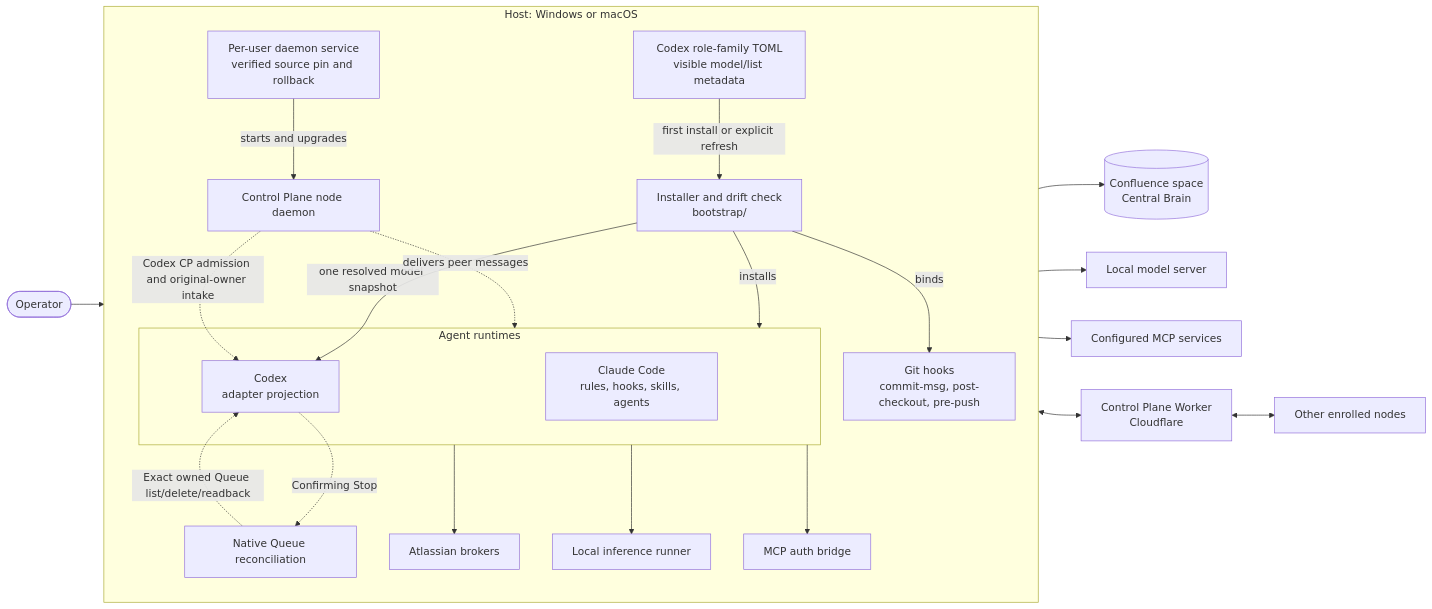
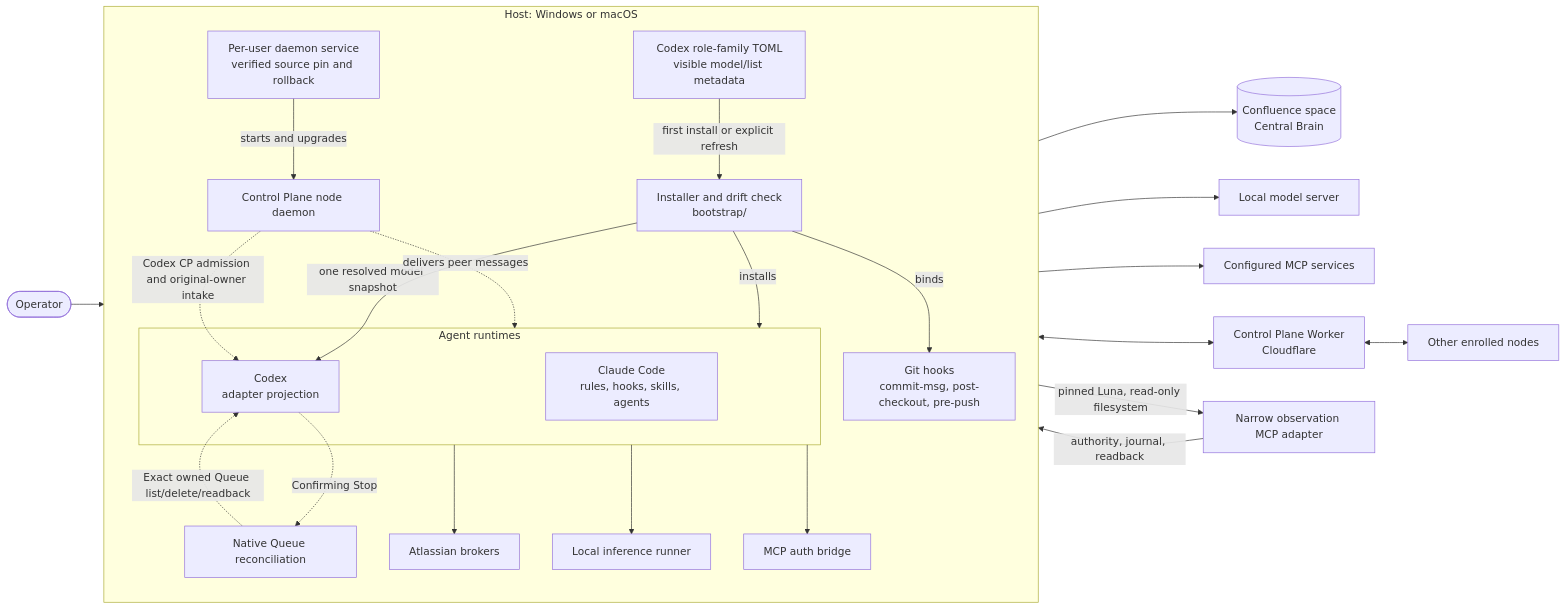
Before and after one commit to cfaysal/kherep: the diagram in README.md, drawn with Mermaid. The commit also changed other lines of this file and 46 other files, not shown here.

Commit message:
feat: let Luna publish bounded Codex observations

````diff
--- a/README.md
+++ b/README.md
@@ -54,42 +54,44 @@
 ```mermaid
 flowchart LR
   operator([Operator])
 
   subgraph host["Host: Windows or macOS"]
     direction TB
     bootstrap["Installer and drift check<br/>bootstrap/"]
     codexModels["Codex role-family TOML<br/>visible model/list metadata"]
     subgraph runtimes["Agent runtimes"]
       claude["Claude Code<br/>rules, hooks, skills, agents"]
       codex["Codex<br/>adapter projection"]
     end
     githook["Git hooks<br/>commit-msg, post-checkout, pre-push"]
     brokers["Atlassian brokers"]
     runner["Local inference runner"]
     bridge["MCP auth bridge"]
     nodeDaemon["Control Plane node daemon"]
     daemonService["Per-user daemon service<br/>verified source pin and rollback"]
     queueRetire["Native Queue reconciliation"]
   end
 
   confluence[("Confluence space<br/>Central Brain")]
   model["Local model server"]
   mcp["Configured MCP services"]
   worker["Control Plane Worker<br/>Cloudflare"]
   peers["Other enrolled nodes"]
 
   operator --> runtimes
   bootstrap -->|installs| runtimes
   codexModels -->|first install or explicit refresh| bootstrap
   bootstrap -->|one resolved model snapshot| codex
   bootstrap -->|binds| githook
   runtimes --> brokers --> confluence
+  codex -->|pinned Luna, read-only filesystem| observationAdapter["Narrow observation MCP adapter"]
+  observationAdapter -->|authority, journal, readback| brokers
   runtimes --> runner --> model
   runtimes --> bridge --> mcp
   nodeDaemon <--> worker <--> peers
   daemonService -->|starts and upgrades| nodeDaemon
   nodeDaemon -.->|delivers peer messages| runtimes
   nodeDaemon -.->|Codex CP admission and original-owner intake| codex
   codex -.->|Confirming Stop| queueRetire
   queueRetire -.->|Exact owned Queue list/delete/readback| codex
 ```
````
